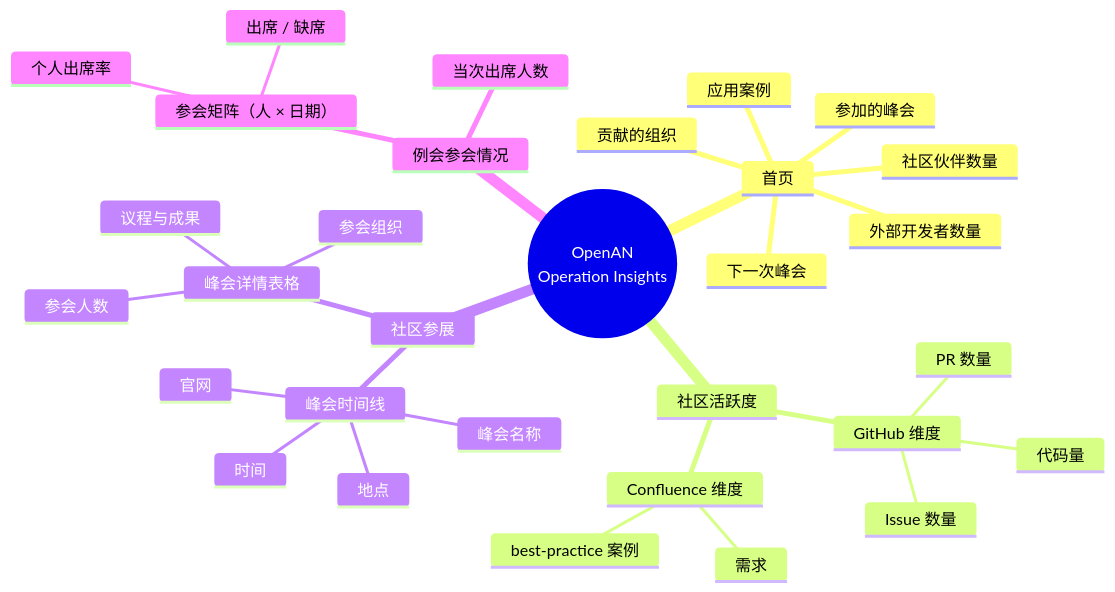
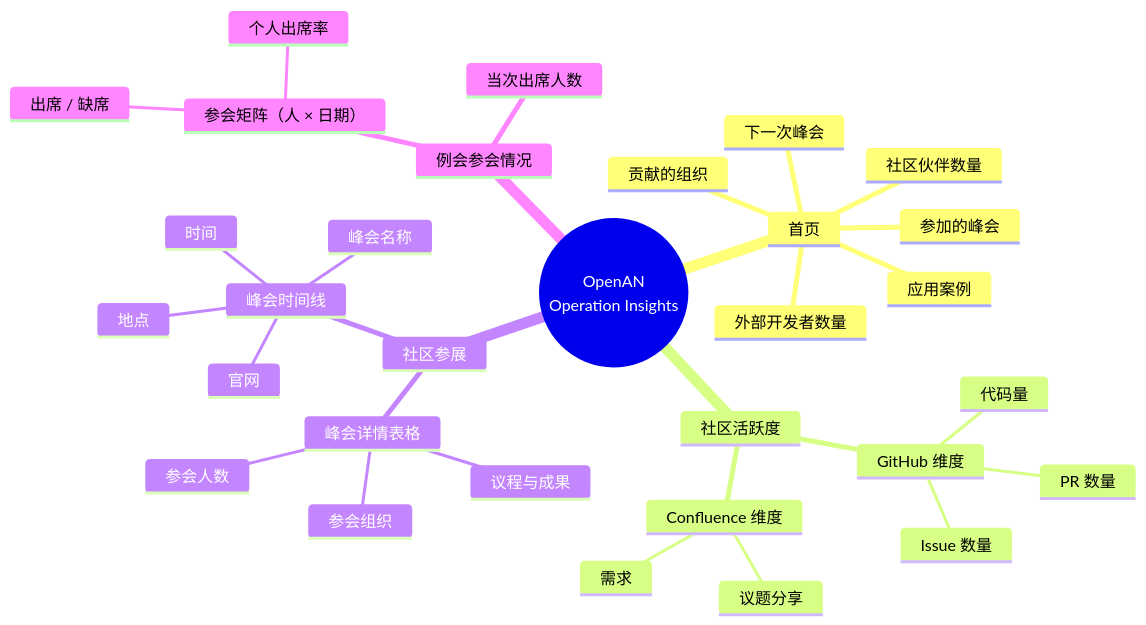
One commit to huang2001junjie-rgb/openan-operation-insights changed the first of 8 diagrams in docs/01-architecture-overview.md. Above: the diagram before and after it, drawn with Mermaid. The commit also changed other lines of this file and 88 other files, not shown here.

````diff
--- a/docs/01-architecture-overview.md
+++ b/docs/01-architecture-overview.md
@@ -59,34 +59,34 @@
 ```mermaid
 mindmap
   root((OpenAN<br/>Operation Insights))
     首页
       社区伙伴数量
       外部开发者数量
       参加的峰会
       应用案例
       下一次峰会
       贡献的组织
     社区活跃度
       GitHub 维度
         PR 数量
         Issue 数量
         代码量
       Confluence 维度
         需求
-        best-practice 案例
+        议题分享
     社区参展
       峰会时间线
         峰会名称
         时间
         地点
         官网
       峰会详情表格
         参会组织
         参会人数
         议程与成果
     例会参会情况
       参会矩阵（人 × 日期）
         出席 / 缺席
         个人出席率
       当次出席人数
 ```
````
